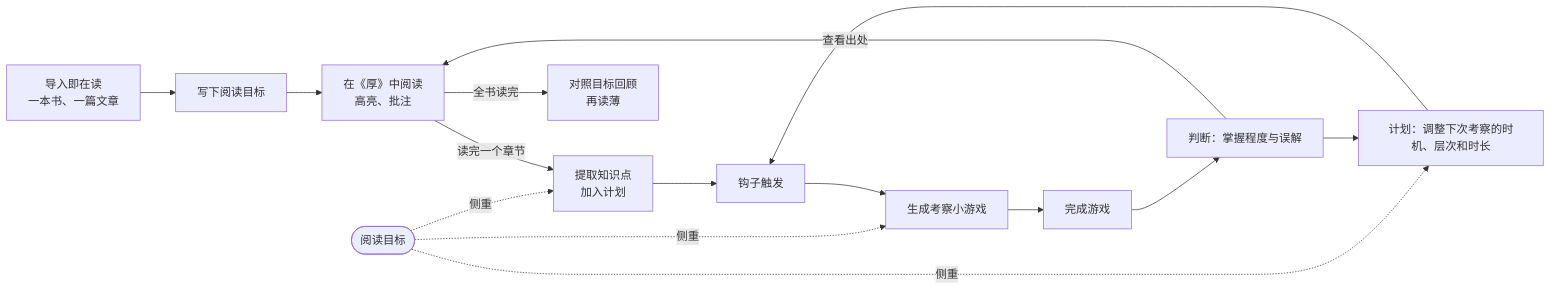
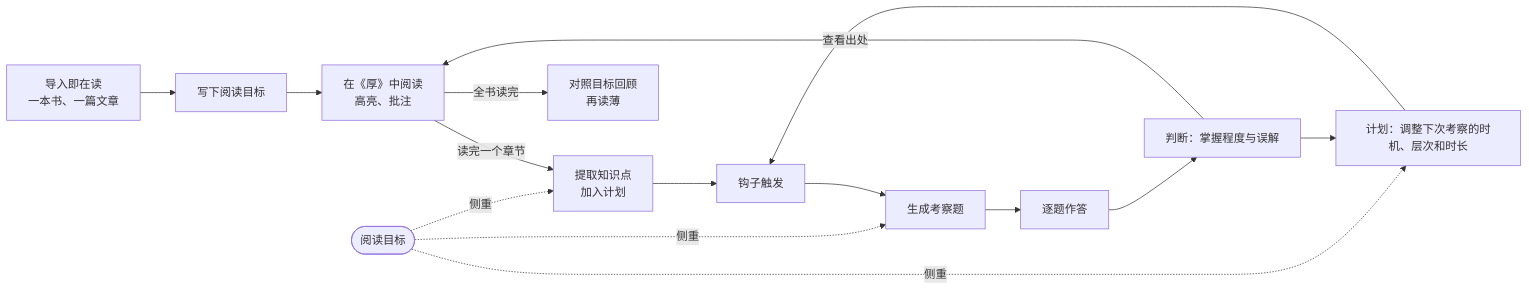
Before and after one commit to unStone/hou: the diagram in docs/PRD.md, drawn with Mermaid. The commit also changed other lines of this file and 29 other files, not shown here.

````diff
--- a/docs/PRD.md
+++ b/docs/PRD.md
@@ -62,17 +67,17 @@
 ```mermaid
 flowchart LR
   S[导入即在读<br/>一本书、一篇文章] --> A[写下阅读目标]
   A --> B[在《厚》中阅读<br/>高亮、批注]
   T([阅读目标]) -.侧重.-> C
   T -.侧重.-> E
   T -.侧重.-> H
   B -->|读完一个章节| C[提取知识点<br/>加入计划]
   C --> D[钩子触发]
-  D --> E[生成考察小游戏]
-  E --> F[完成游戏]
+  D --> E[生成考察题]
+  E --> F[逐题作答]
   F --> G[判断：掌握程度与误解]
   G --> H[计划：调整下次考察的时机、层次和时长]
   H --> D
   G -->|查看出处| B
   B -->|全书读完| R[对照目标回顾<br/>再读薄]
 ```
````
